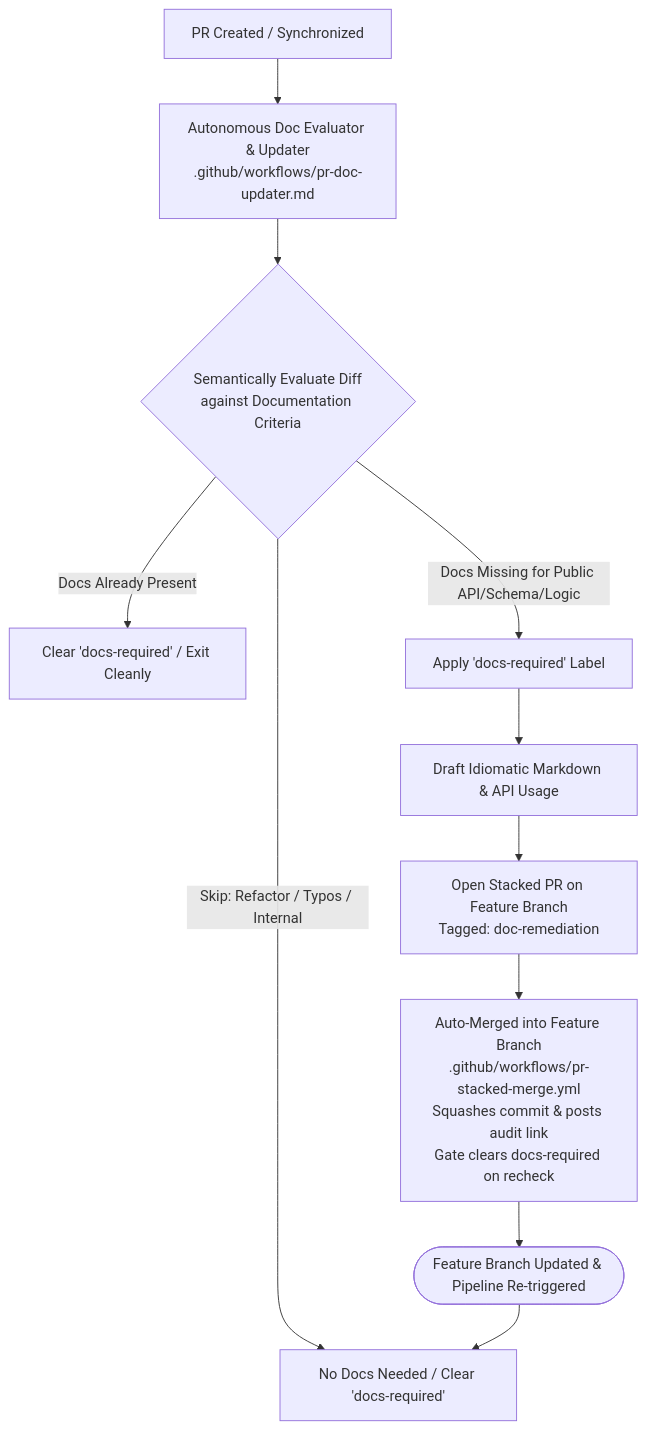
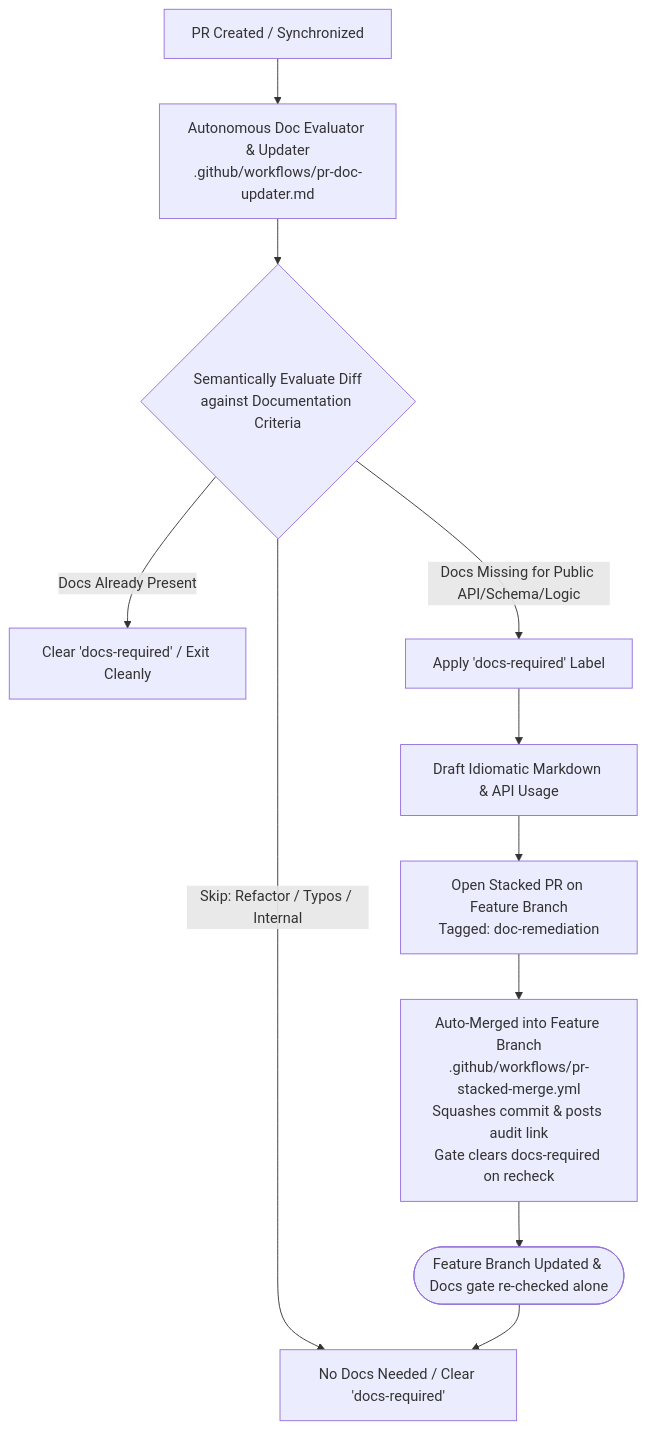
The diagram in docs/pr-docs-and-updater.md (SitoaderOrg/ForgeFlow), drawn with Mermaid before and after one commit. The commit also changed other lines of this file and 28 other files, not shown here.

````diff
--- a/docs/pr-docs-and-updater.md
+++ b/docs/pr-docs-and-updater.md
@@ -11,17 +11,17 @@
 ```mermaid
 flowchart TD
     PR[PR Created / Synchronized] --> DocAgent[Autonomous Doc Evaluator & Updater\n.github/workflows/pr-doc-updater.md]
     
     DocAgent --> SemanticEval{Semantically Evaluate Diff\nagainst Documentation Criteria}
 
     SemanticEval -->|Skip: Refactor / Typos / Internal| DoneNoAction[No Docs Needed / Clear 'docs-required']
     SemanticEval -->|Docs Already Present| ClearLabel[Clear 'docs-required' / Exit Cleanly]
     SemanticEval -->|Docs Missing for Public API/Schema/Logic| ApplyLabel[Apply 'docs-required' Label]
 
     ApplyLabel --> AuthorDocs[Draft Idiomatic Markdown & API Usage]
     AuthorDocs --> StackedPR[Open Stacked PR on Feature Branch\nTagged: doc-remediation]
 
     StackedPR --> AutoMerge[Auto-Merged into Feature Branch\n.github/workflows/pr-stacked-merge.yml\nSquashes commit & posts audit link\nGate clears docs-required on recheck]
-    AutoMerge --> Recheck([Feature Branch Updated & Pipeline Re-triggered])
+    AutoMerge --> Recheck([Feature Branch Updated & Docs gate re-checked alone])
     Recheck --> DoneNoAction
 ```
````
